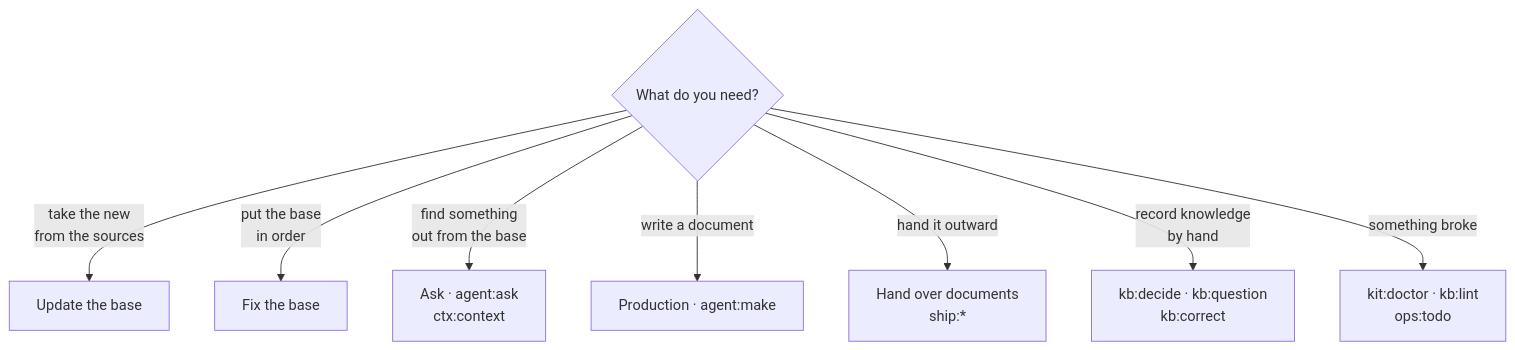
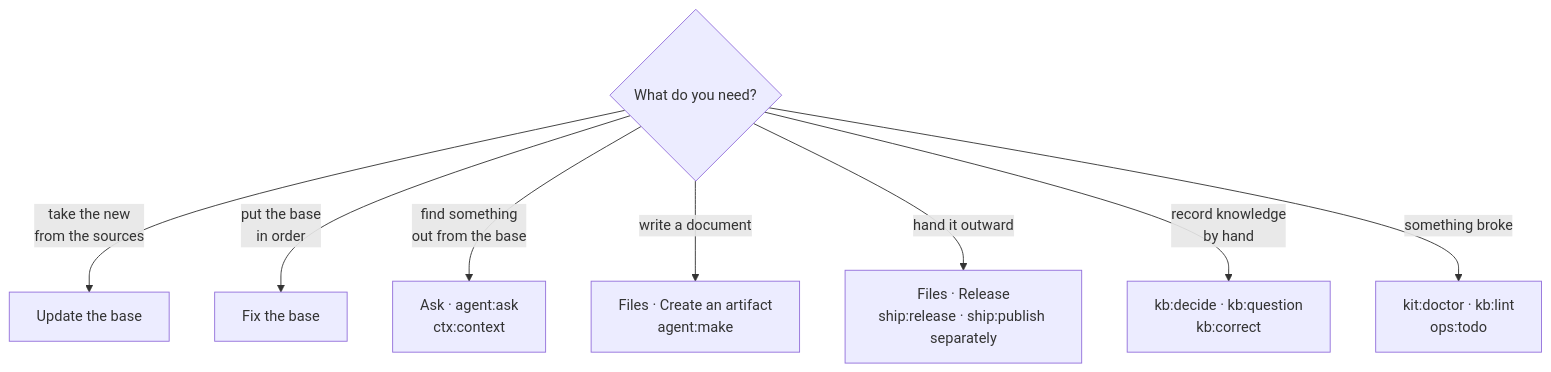
Before and after one commit to VVG-web/aurora-studio: the diagram in docs/en/readme/04-practice.md, drawn with Mermaid. The commit also changed 10 other files, not shown here.

First line of the commit message:
docs: route production and release through the files card

````diff
--- a/docs/en/readme/04-practice.md
+++ b/docs/en/readme/04-practice.md
@@ -13,11 +13,11 @@
 ```mermaid
 flowchart TD
   Q{"What do you need?"}
   Q -->|"take the new<br>from the sources"| A["Update the base"]
   Q -->|"put the base<br>in order"| B["Fix the base"]
   Q -->|"find something<br>out from the base"| C["Ask · agent:ask<br>ctx:context"]
-  Q -->|"write a document"| D["Production · agent:make"]
-  Q -->|"hand it outward"| E["Hand over documents<br>ship:*"]
+  Q -->|"write a document"| D["Files · Create an artifact<br>agent:make"]
+  Q -->|"hand it outward"| E["Files · Release<br>ship:release · ship:publish separately"]
   Q -->|"record knowledge<br>by hand"| F["kb:decide · kb:question<br>kb:correct"]
   Q -->|"something broke"| G["kit:doctor · kb:lint<br>ops:todo"]
 ```
````
